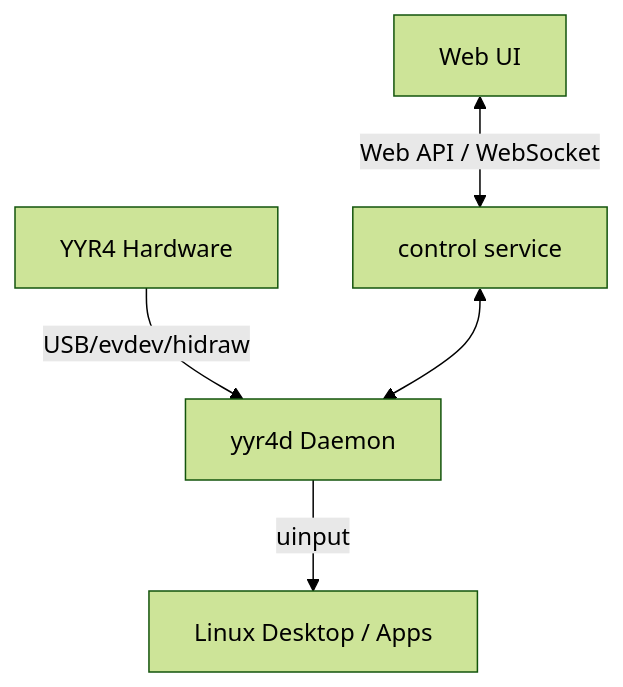
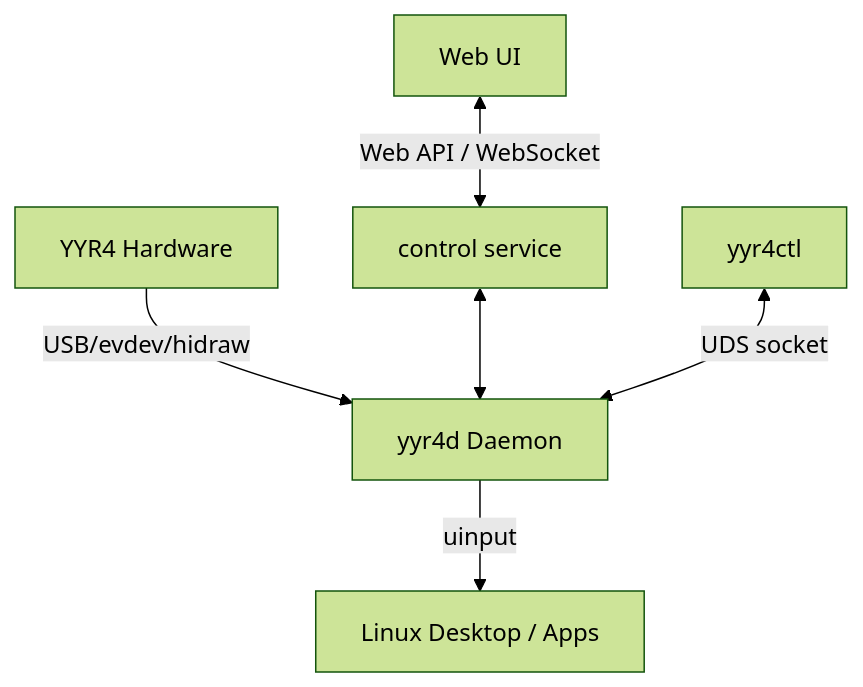
One commit to fieldyyuyang/yyr4-linux-control changed the diagram in docs/architecture.md. Above: the diagram before and after it, drawn with Mermaid (forest theme). The commit also changed other lines of this file and 24 other files, not shown here.

Commit message:
feat: add local management CLI (yyr4ctl)

````diff
--- a/docs/architecture.md
+++ b/docs/architecture.md
@@ -19,8 +20,10 @@
 ```mermaid
 graph TD
     HW[YYR4 Hardware] -->|USB/evdev/hidraw| D[yyr4d Daemon]
     D -->|uinput| OS[Linux Desktop / Apps]
 
     UI[Web UI] <-->|Web API / WebSocket| CS[control service]
     CS <--> D
+
+    CLI[yyr4ctl] <-->|UDS socket| D
 ```
````
